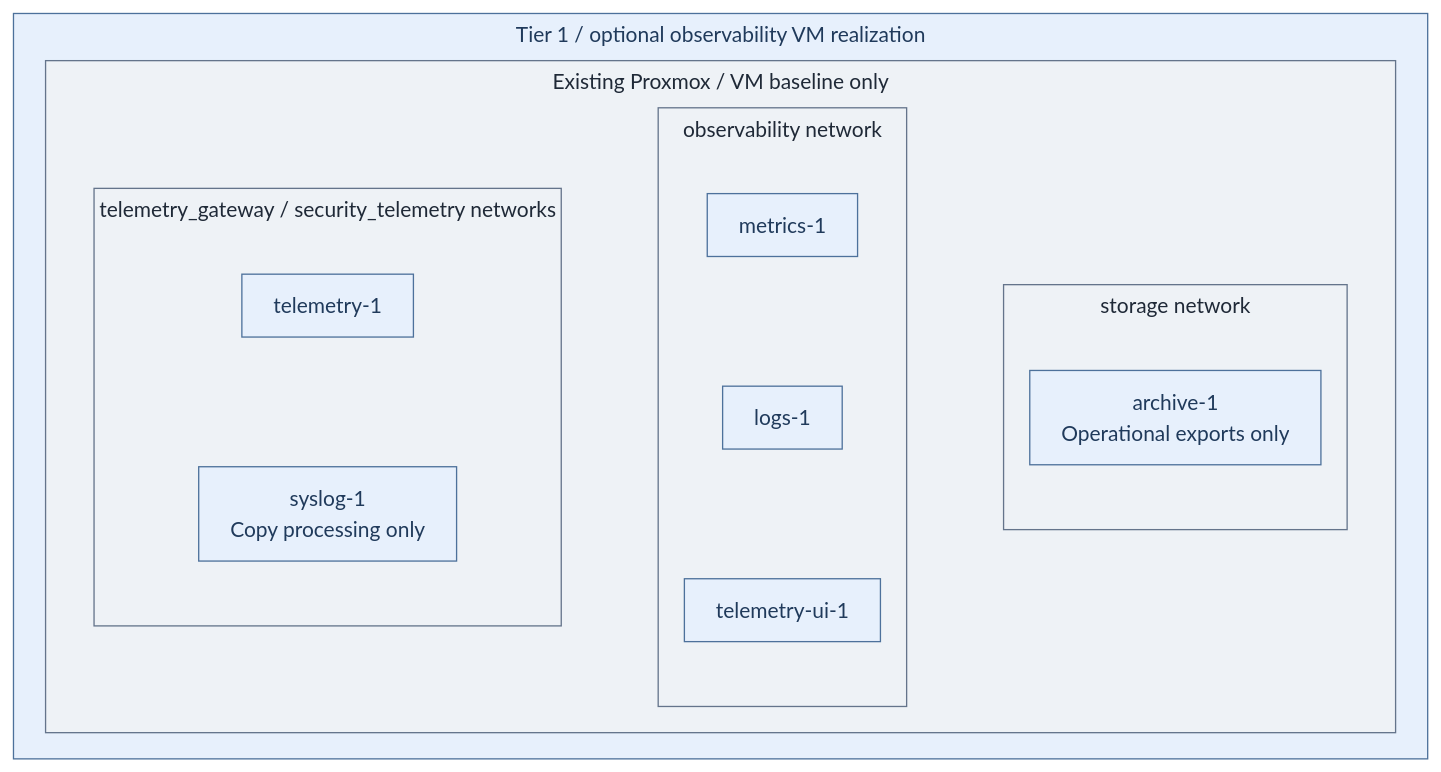
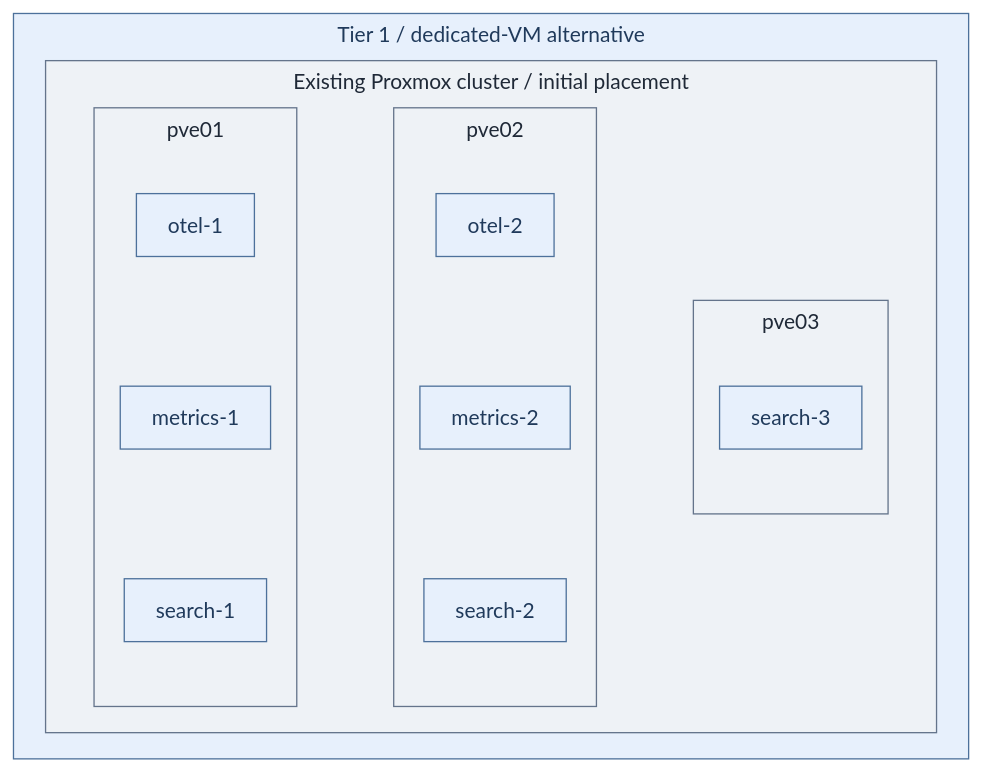
Before and after one commit to Rexus/homelab: the diagram in docs/deployment/stage-4-control-services/step-2d-telemetry-vm.md, drawn with Mermaid. The commit also changed other lines of this file and 34 other files, not shown here.

````diff
--- a/docs/deployment/stage-4-control-services/step-2d-telemetry-vm.md
+++ b/docs/deployment/stage-4-control-services/step-2d-telemetry-vm.md
@@ -59,29 +25,32 @@
 ```mermaid
 %%{init: {"theme":"base","flowchart":{"nodeSpacing":20,"rankSpacing":24,"padding":12,"subGraphTitleMargin":{"top":4,"bottom":12}},"themeVariables":{"lineColor":"#627581","edgeLabelBackground":"#f8fafc"}}}%%
 flowchart TB
-  subgraph T1["Tier 1 / optional observability VM realization"]
-    subgraph PVE["Existing Proxmox / VM baseline only"]
+  subgraph T1["Tier 1 / dedicated-VM alternative"]
+    subgraph PVE["Existing Proxmox cluster / initial placement"]
       direction LR
-      subgraph Intake["telemetry_gateway / security_telemetry networks"]
-        OT["telemetry-1"]
-        Sys["syslog-1<br/>Copy processing only"]
-        OT ~~~ Sys
+      subgraph A["pve01"]
+        direction TB
+        O1["otel-1"]
+        M1["metrics-1"]
+        S1["search-1"]
+        O1 ~~~ M1 ~~~ S1
       end
-      subgraph Services["observability network"]
-        Metrics["metrics-1"]
-        Logs["logs-1"]
-        UI["telemetry-ui-1"]
-        Metrics ~~~ Logs ~~~ UI
+      subgraph B["pve02"]
+        direction TB
+        O2["otel-2"]
+        M2["metrics-2"]
+        S2["search-2"]
+        O2 ~~~ M2 ~~~ S2
       end
-      subgraph Storage["storage network"]
-        Archive["archive-1<br/>Operational exports only"]
+      subgraph C["pve03"]
+        S3["search-3"]
       end
-      Intake ~~~ Services ~~~ Storage
+      A ~~~ B ~~~ C
     end
   end
   classDef default fill:#f8fafc,stroke:#64748b,color:#1f2937
+  classDef services fill:#e7f0fc,stroke:#4d719b,color:#203a5b
   classDef boundary fill:#eef2f6,stroke:#64748b,color:#1f2937
-  classDef services fill:#e7f0fc,stroke:#4d719b,color:#203a5b
-  class T1,OT,Sys,Metrics,Logs,UI,Archive services
-  class PVE,Intake,Services,Storage boundary
+  class T1,O1,O2,M1,M2,S1,S2,S3 services
+  class PVE,A,B,C boundary
 ```
````
